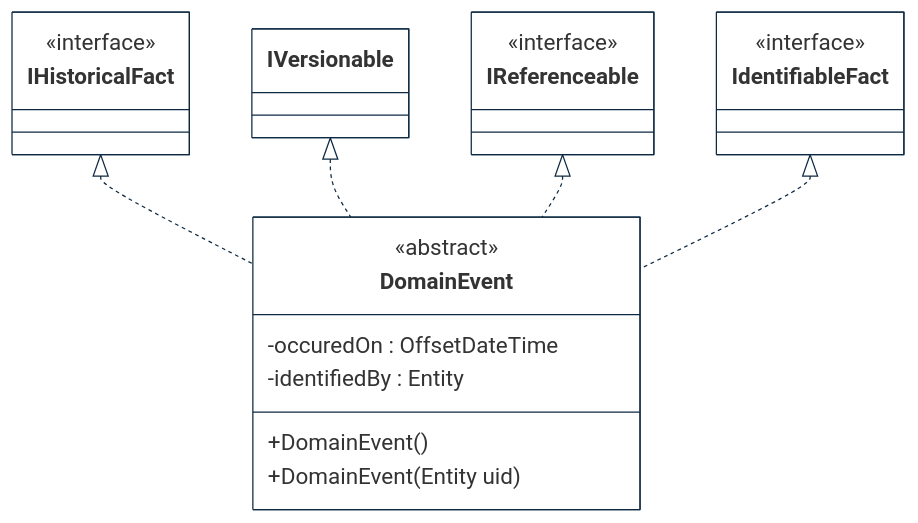
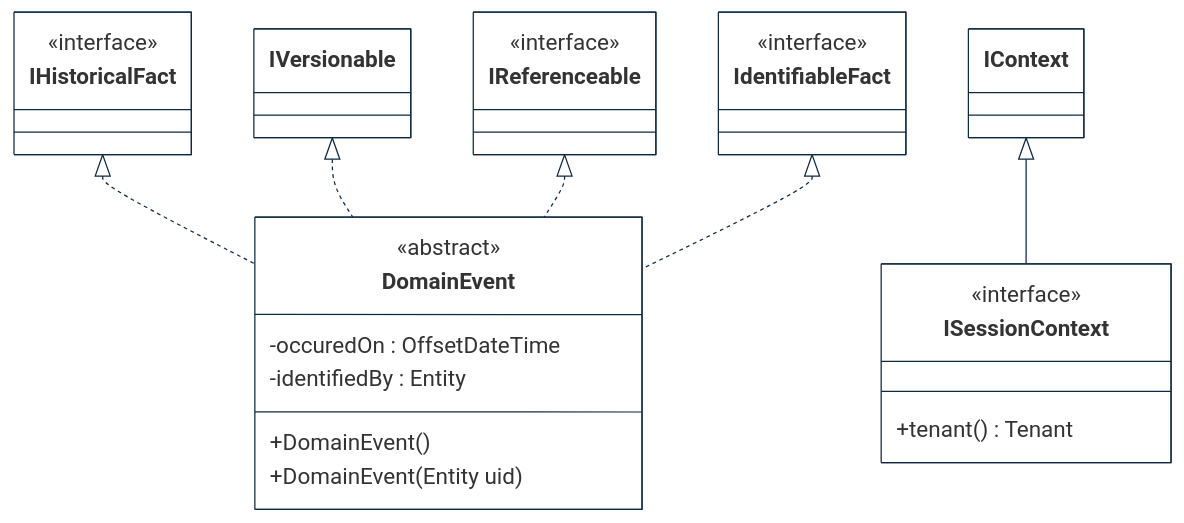
Before and after one commit to cybnity/foundation: the first of 6 diagrams in implementations-line/framework/domain/designview-packages.md, drawn with Mermaid. The commit also changed other lines of this file, not shown here.

````diff
--- a/implementations-line/framework/domain/designview-packages.md
+++ b/implementations-line/framework/domain/designview-packages.md
@@ -10,42 +10,47 @@
 ```mermaid
 %%{
   init: {
     'theme': 'base',
     'themeVariables': {
         'background': '#ffffff',
         'fontFamily': 'arial',
         'fontSize': '18px',
         'primaryColor': '#fff',
         'primaryBorderColor': '#0e2a43',
         'secondaryBorderColor': '#0e2a43',
         'tertiaryBorderColor': '#0e2a43',
         'edgeLabelBackground':'#0e2a43',
         'lineColor': '#0e2a43',
         'tertiaryColor': '#fff'
     }
   }
 }%%
 classDiagram
     IHistoricalFact <|.. DomainEvent
     IVersionable <|.. DomainEvent
     IReferenceable <|.. DomainEvent
     IdentifiableFact <|.. DomainEvent
+    IContext <|-- ISessionContext
 
     class DomainEvent {
         <<abstract>>
         -occuredOn : OffsetDateTime
         -identifiedBy : Entity
         +DomainEvent()
         +DomainEvent(Entity uid)
     }
     class IHistoricalFact {
         <<interface>>
     }
     class IdentifiableFact {
         <<interface>>
     }
     class IReferenceable {
         <<interface>>
     }
+    class ISessionContext {
+        <<interface>>
+        +tenant() Tenant
+    }
 
 ```
````
